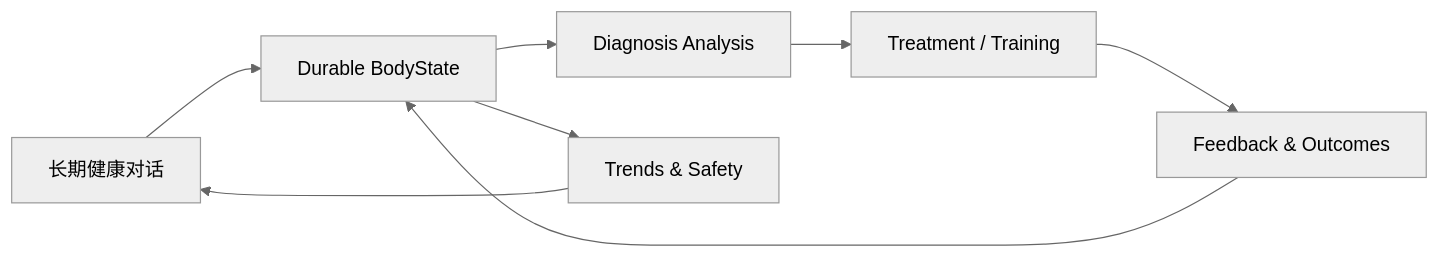
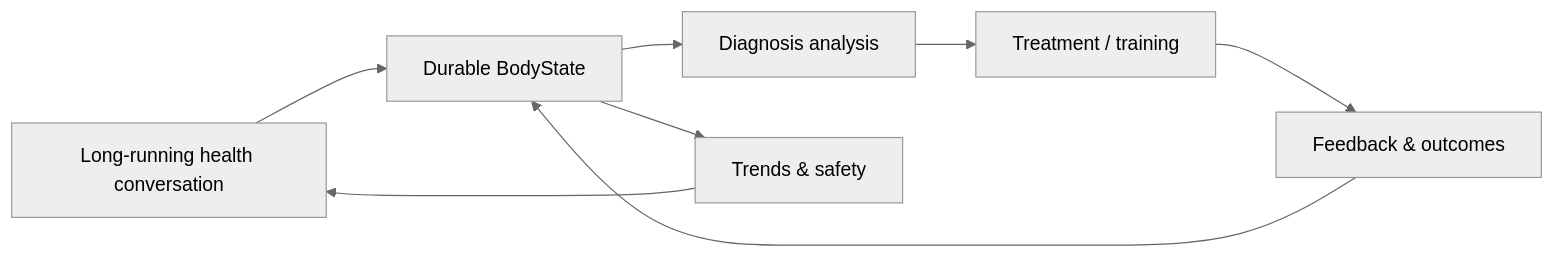
Before and after one commit to BakerSean168/BodySense: the diagram in README.md, drawn with Mermaid (neutral theme). The commit also changed other lines of this file and 1 other file, not shown here.

````diff
--- a/README.md
+++ b/README.md
@@ -19,10 +23,10 @@
 ```mermaid
 flowchart LR
-    A[长期健康对话] --> B[Durable BodyState]
-    B --> C[Diagnosis Analysis]
-    C --> D[Treatment / Training]
-    D --> E[Feedback & Outcomes]
+    A[Long-running health conversation] --> B[Durable BodyState]
+    B --> C[Diagnosis analysis]
+    C --> D[Treatment / training]
+    D --> E[Feedback & outcomes]
     E --> B
-    B --> F[Trends & Safety]
+    B --> F[Trends & safety]
     F --> A
 ```
````
